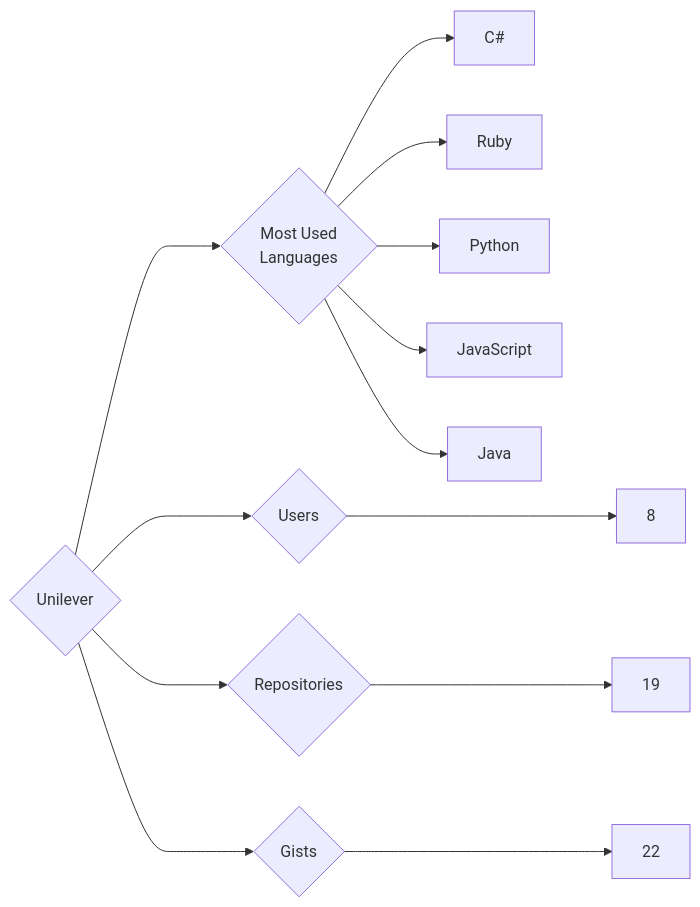
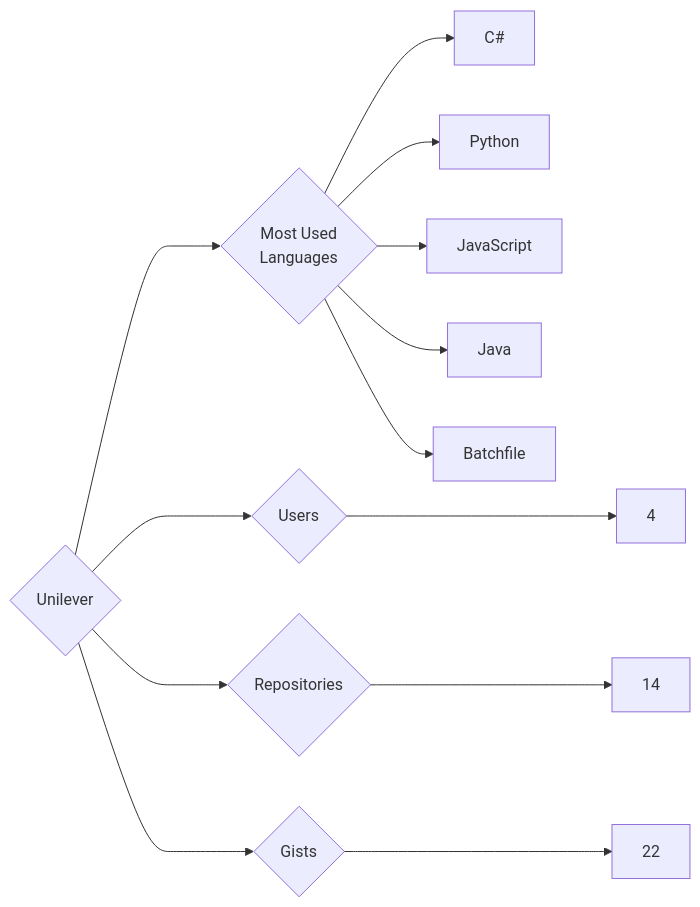
Before and after one commit to trickest/insiders: the diagram in targets/Unilever/README.md, drawn with Mermaid. The commit also changed 1508 other files, not shown here.

````diff
--- a/targets/Unilever/README.md
+++ b/targets/Unilever/README.md
@@ -3,13 +3,13 @@
 ```mermaid
 graph LR
 COMPANY_NAME{Unilever}
-COMPANY_NAME ---> U{Users} ---> UN[8]
-COMPANY_NAME ---> R{Repositories} ---> RN[19]
+COMPANY_NAME ---> U{Users} ---> UN[4]
+COMPANY_NAME ---> R{Repositories} ---> RN[14]
 COMPANY_NAME ---> G{Gists} ---> GN[22]
 COMPANY_NAME ---> ML{Most Used<br>Languages}
 ML --> C#[C#]
-ML --> Ruby[Ruby]
 ML --> Python[Python]
 ML --> JavaScript[JavaScript]
 ML --> Java[Java]
+ML --> Batchfile[Batchfile]
 ```
````
